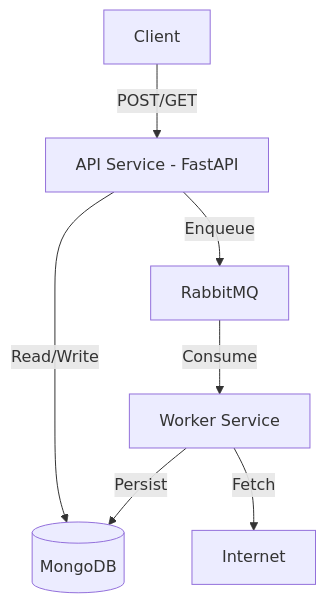
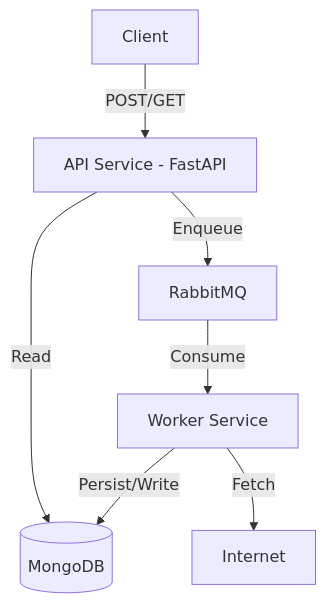
Before and after one commit to Pragya1904/HTTP_Inventory: the diagram in README.md, drawn with Mermaid.

````diff
--- a/README.md
+++ b/README.md
@@ -23,10 +23,10 @@
 ```mermaid
 graph TD
     Client[Client] -->|POST/GET| API[API Service - FastAPI]
-    API -->|Read/Write| Mongo[(MongoDB)]
+    API -->|Read| Mongo[(MongoDB)]
     API -->|Enqueue| RMQ[RabbitMQ]
     RMQ -->|Consume| Worker[Worker Service]
     Worker -->|Fetch| Web[Internet]
-    Worker -->|Persist| Mongo
+    Worker -->|Persist/Write| Mongo
 
 ```
````
